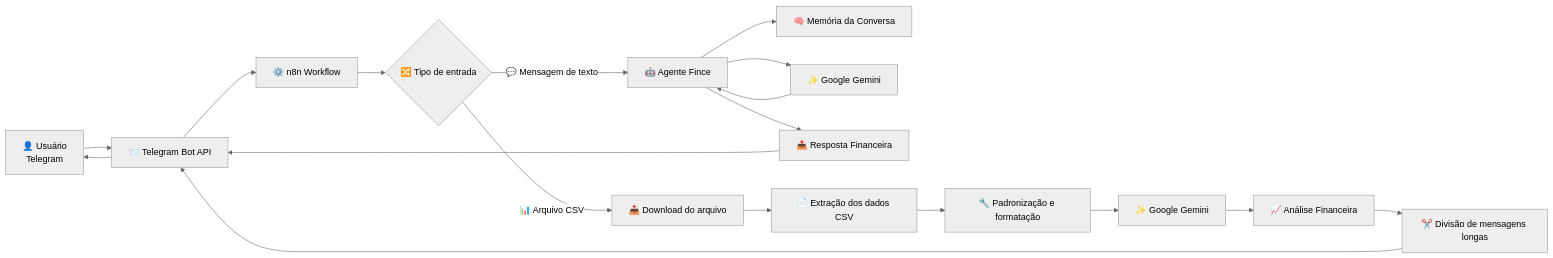
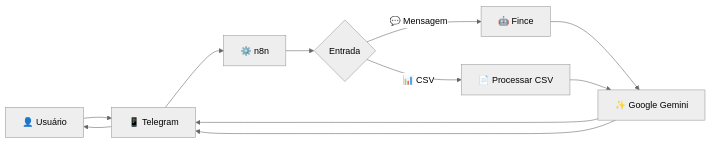
Before and after one commit to AlderARS/Projeto_Final_Bootcamp: the diagram in 1-documentacao-agente.md, drawn with Mermaid (neutral theme).

````diff
--- a/1-documentacao-agente.md
+++ b/1-documentacao-agente.md
@@ -10,27 +10,17 @@
 ```mermaid
 graph LR
+    U["👤 Usuário"] --> T["📱 Telegram"]
+    T --> N["⚙️ n8n"]
 
-    U["👤 Usuário<br/>Telegram"] --> TG["📨 Telegram Bot API"]
-    TG --> N8N["⚙️ n8n Workflow"]
+    N --> D{"Entrada"}
 
-    N8N --> F{"🔀 Tipo de entrada"}
+    D -->|"💬 Mensagem"| F["🤖 Fince"]
+    F --> G["✨ Google Gemini"]
+    G --> T
 
-    %% Conversas
-    F -->|"💬 Mensagem de texto"| A["🤖 Agente Fince"]
-    A --> M["🧠 Memória da Conversa"]
-    A --> G["✨ Google Gemini"]
-    G --> A
-    A --> R1["📤 Resposta Financeira"]
-    R1 --> TG
+    D -->|"📊 CSV"| C["📄 Processar CSV"]
+    C --> G
+    G --> T
 
-    %% Arquivos CSV
-    F -->|"📊 Arquivo CSV"| D["📥 Download do arquivo"]
-    D --> E["📄 Extração dos dados CSV"]
-    E --> T["🔧 Padronização e formatação"]
-    T --> G2["✨ Google Gemini"]
-    G2 --> AN["📈 Análise Financeira"]
-    AN --> S["✂️ Divisão de mensagens longas"]
-    S --> TG
-
-    TG --> U
+    T --> U
 ```
````
